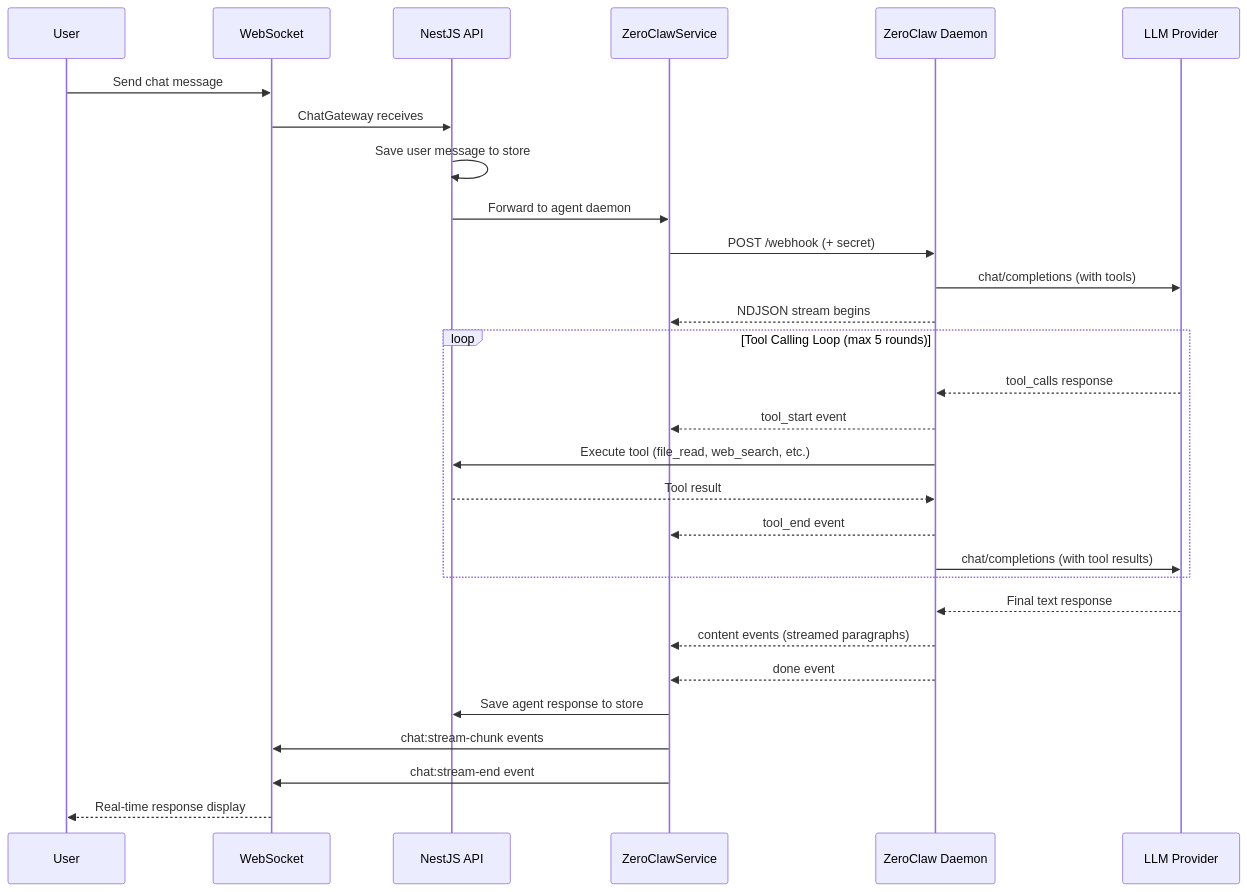
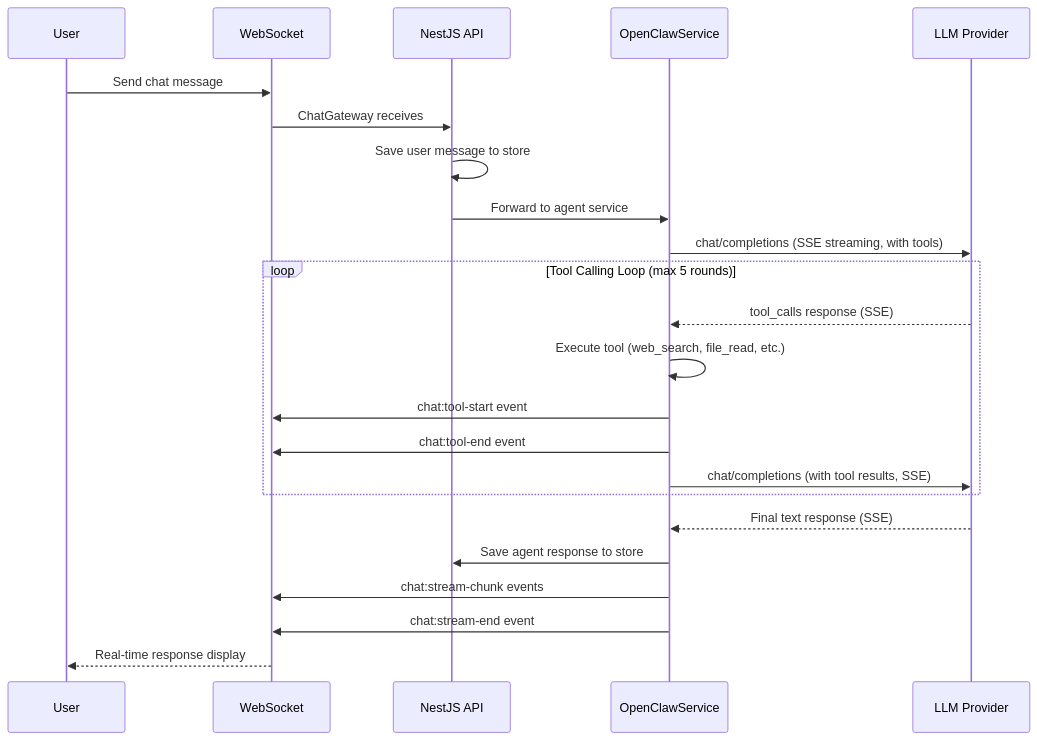
One commit to pde-rent/monokeros changed the fourth of 7 diagrams in docs/architecture/overview.md. Above: the diagram before and after it, drawn with Mermaid. The commit also changed other lines of this file and 31 other files, not shown here.

First line of the commit message:
feat: rewrite docs for OpenClaw, add acceptance criteria and artifact models

````diff
--- a/docs/architecture/overview.md
+++ b/docs/architecture/overview.md
@@ -188,34 +180,28 @@
 ```mermaid
 sequenceDiagram
     participant U as User
     participant WS as WebSocket
     participant API as NestJS API
-    participant ZCS as ZeroClawService
-    participant D as ZeroClaw Daemon
+    participant OCS as OpenClawService
     participant LLM as LLM Provider
 
     U->>WS: Send chat message
     WS->>API: ChatGateway receives
     API->>API: Save user message to store
-    API->>ZCS: Forward to agent daemon
-    ZCS->>D: POST /webhook (+ secret)
-    D->>LLM: chat/completions (with tools)
-    D-->>ZCS: NDJSON stream begins
+    API->>OCS: Forward to agent service
+    OCS->>LLM: chat/completions (SSE streaming, with tools)
 
     loop Tool Calling Loop (max 5 rounds)
-        LLM-->>D: tool_calls response
-        D-->>ZCS: tool_start event
-        D->>API: Execute tool (file_read, web_search, etc.)
-        API-->>D: Tool result
-        D-->>ZCS: tool_end event
-        D->>LLM: chat/completions (with tool results)
+        LLM-->>OCS: tool_calls response (SSE)
+        OCS->>OCS: Execute tool (web_search, file_read, etc.)
+        OCS->>WS: chat:tool-start event
+        OCS->>WS: chat:tool-end event
+        OCS->>LLM: chat/completions (with tool results, SSE)
     end
 
-    LLM-->>D: Final text response
-    D-->>ZCS: content events (streamed paragraphs)
-    D-->>ZCS: done event
-    ZCS->>API: Save agent response to store
-    ZCS->>WS: chat:stream-chunk events
-    ZCS->>WS: chat:stream-end event
+    LLM-->>OCS: Final text response (SSE)
+    OCS->>API: Save agent response to store
+    OCS->>WS: chat:stream-chunk events
+    OCS->>WS: chat:stream-end event
     WS-->>U: Real-time response display
 ```
````
